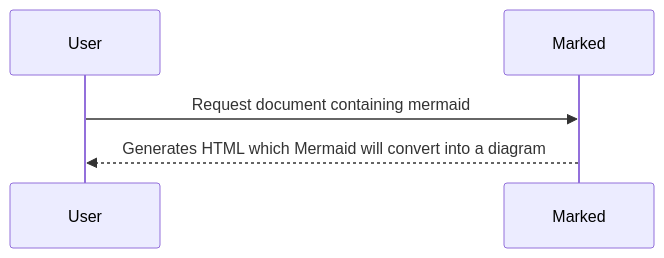
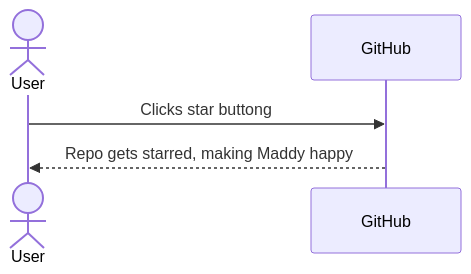
The second of 2 diagrams in demo/src/example.md (MaddyGuthridge/marked-mermaid), drawn with Mermaid before and after one commit. The commit also changed other lines of this file and 12 other files, not shown here.

```diff
--- a/demo/src/example.md
+++ b/demo/src/example.md
@@ -11,5 +29,6 @@
 <pre class="mermaid">
-  sequenceDiagram
-    User->>Marked: Request document containing mermaid
-    Marked-->>User: Generates HTML which Mermaid will convert into a diagram
+sequenceDiagram
+  	actor User
+    User->>GitHub: Clicks star buttong
+    GitHub-->>User: Repo gets starred, making Maddy happy
 </pre>
```
